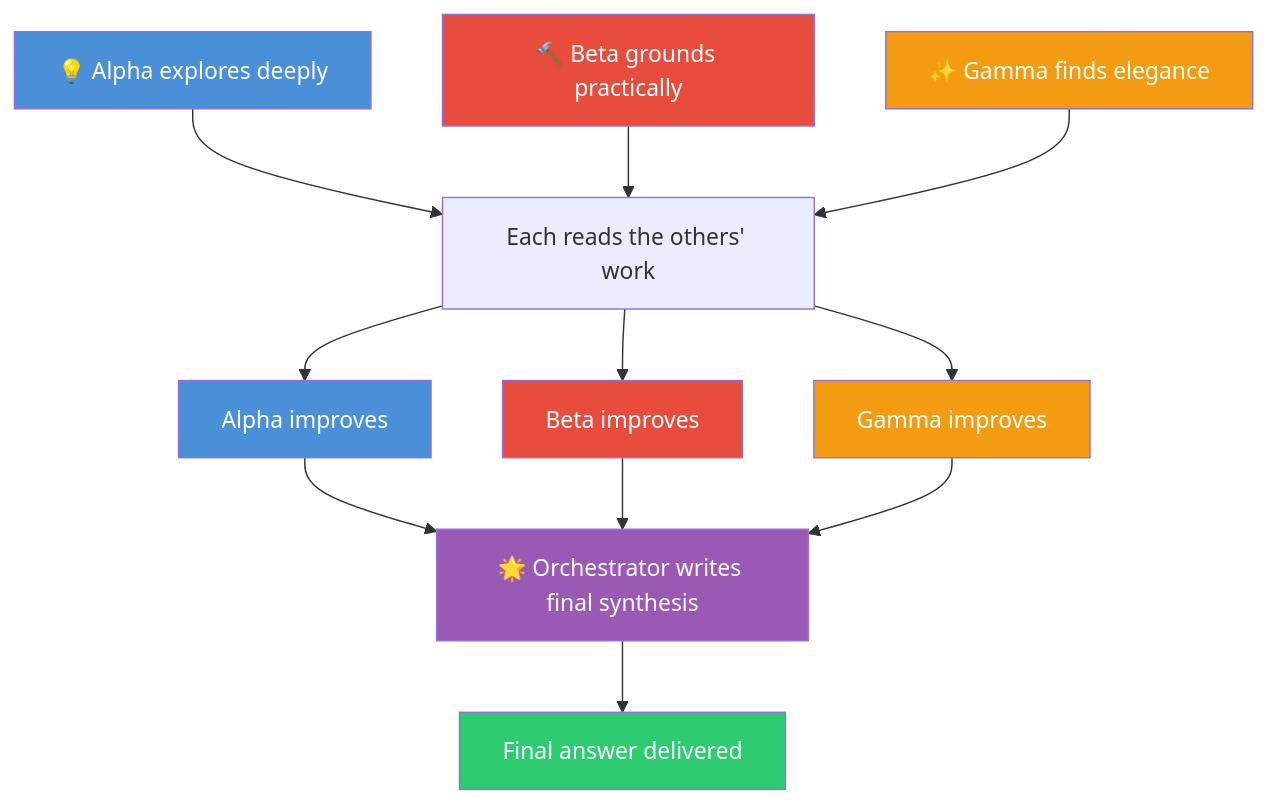
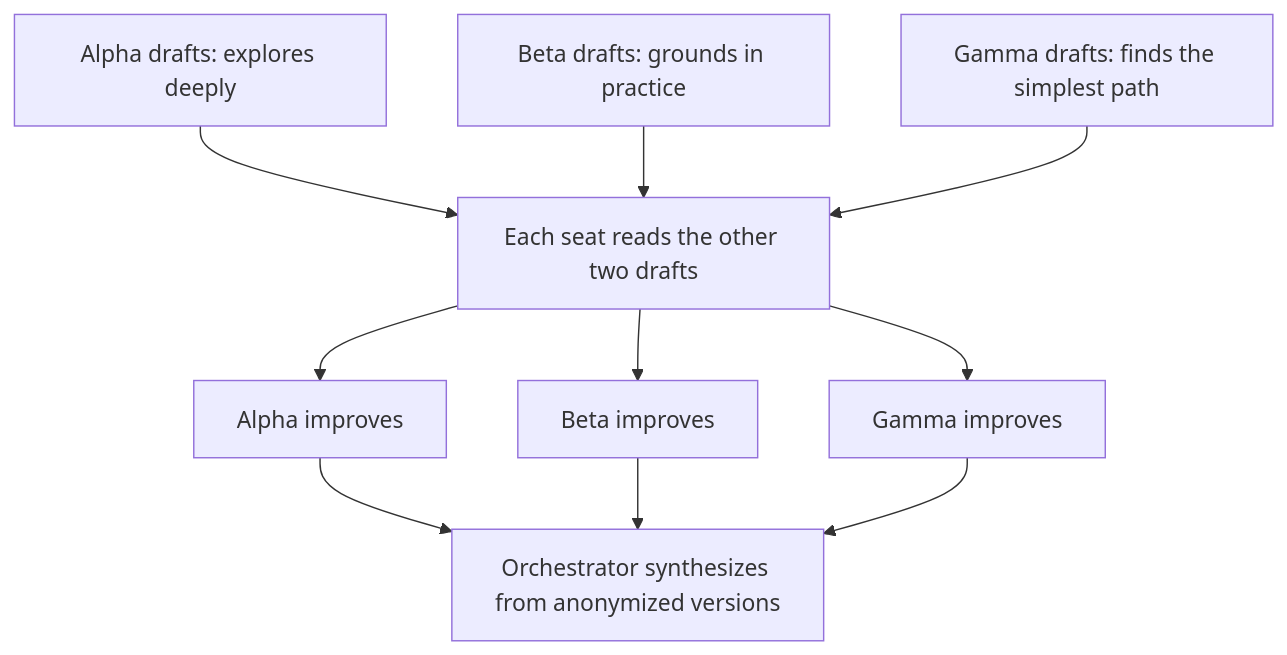
The first of 2 diagrams in README.md (Sentry01/AgentCouncil), drawn with Mermaid before and after one commit. The commit also changed other lines of this file and 17 other files, not shown here.

````diff
--- a/README.md
+++ b/README.md
@@ -46,17 +99,7 @@
 ```mermaid
 flowchart TD
-    A1["💡 Alpha explores deeply"] & B1["🔨 Beta grounds practically"] & C1["✨ Gamma finds elegance"]
-    A1 & B1 & C1 --> X["Each reads the others' work"]
+    A1["Alpha drafts: explores deeply"] & B1["Beta drafts: grounds in practice"] & C1["Gamma drafts: finds the simplest path"]
+    A1 & B1 & C1 --> X["Each seat reads the other two drafts"]
     X --> A2["Alpha improves"] & B2["Beta improves"] & C2["Gamma improves"]
-    A2 & B2 & C2 --> D["🌟 Orchestrator writes final synthesis"]
-    D --> E["Final answer delivered"]
-
-    style A1 fill:#4a90d9,color:#fff
-    style B1 fill:#e74c3c,color:#fff
-    style C1 fill:#f39c12,color:#fff
-    style A2 fill:#4a90d9,color:#fff
-    style B2 fill:#e74c3c,color:#fff
-    style C2 fill:#f39c12,color:#fff
-    style D fill:#9b59b6,color:#fff
-    style E fill:#2ecc71,color:#fff
+    A2 & B2 & C2 --> D["Orchestrator synthesizes from anonymized versions"]
 ```
````
